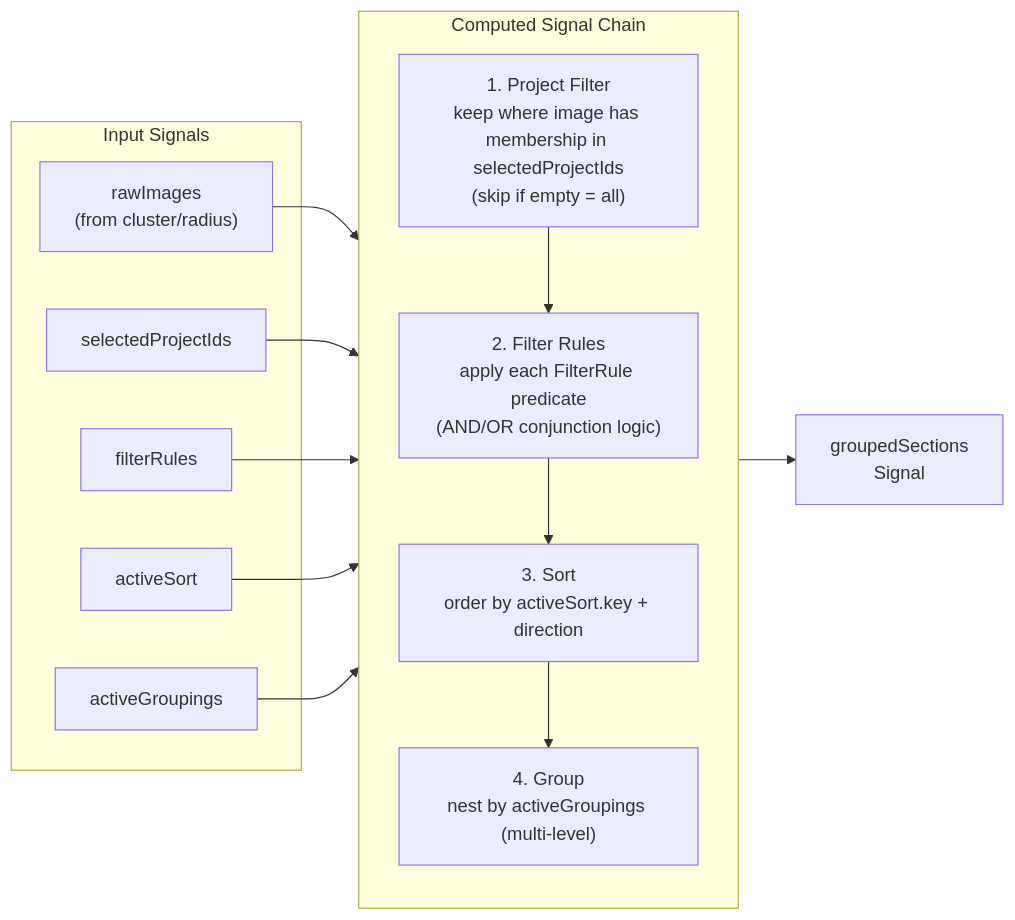
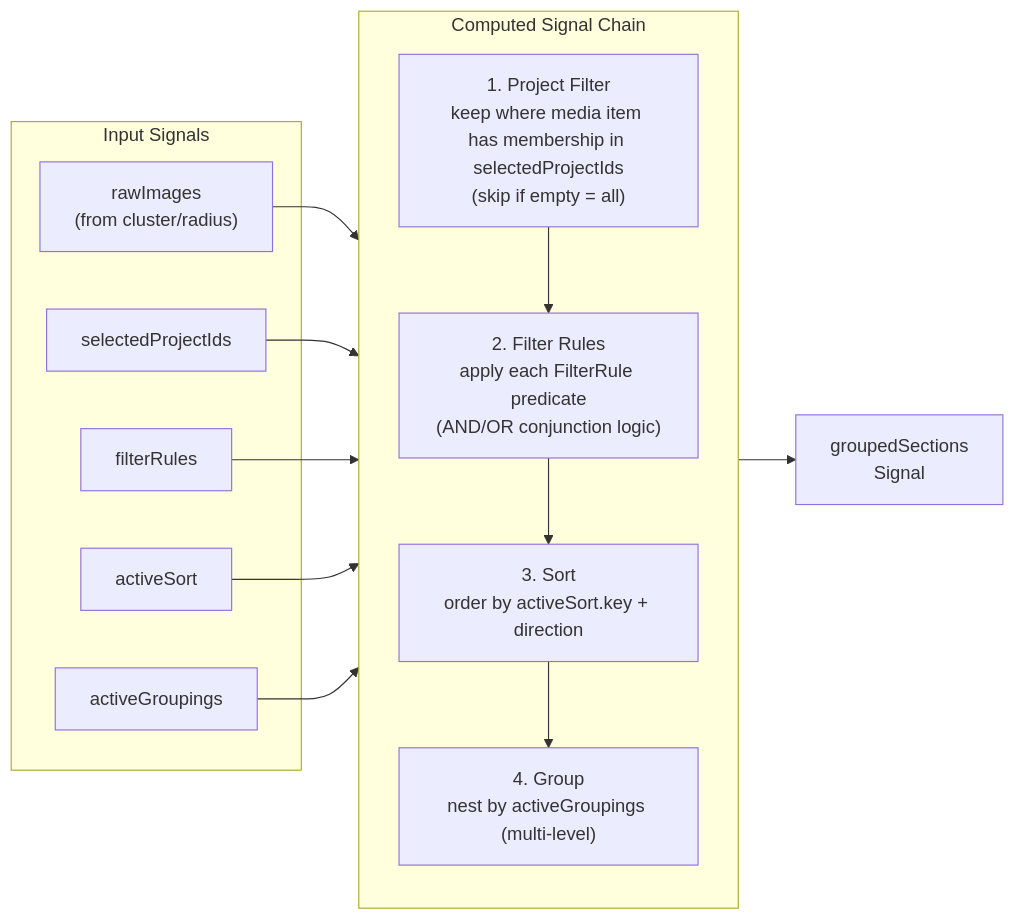
Before and after one commit to matkleve/feldpost: the first of 6 diagrams in docs/specs/component/active-selection-view.md, drawn with Mermaid. The commit also changed other lines of this file and 26 other files, not shown here.

````diff
--- a/docs/specs/component/active-selection-view.md
+++ b/docs/specs/component/active-selection-view.md
@@ -120,29 +120,29 @@
 ```mermaid
 flowchart LR
     subgraph Inputs["Input Signals"]
         Raw["rawImages\n(from cluster/radius)"]
         Proj["selectedProjectIds"]
         Filt["filterRules"]
         Sort["activeSort"]
         Grp["activeGroupings"]
     end
 
     subgraph Pipeline["Computed Signal Chain"]
         direction TB
-        S1["1. Project Filter\nkeep where image has membership in selectedProjectIds\n(skip if empty = all)"]
+        S1["1. Project Filter\nkeep where media item has membership in selectedProjectIds\n(skip if empty = all)"]
         S2["2. Filter Rules\napply each FilterRule predicate\n(AND/OR conjunction logic)"]
         S3["3. Sort\norder by activeSort.key + direction"]
         S4["4. Group\nnest by activeGroupings (multi-level)"]
     end
 
     Raw --> S1
     Proj --> S1
     S1 --> S2
     Filt --> S2
     S2 --> S3
     Sort --> S3
     S3 --> S4
     Grp --> S4
 
     S4 --> Output["groupedSections\nSignal<GroupedSection[]>"]
 ```
````
